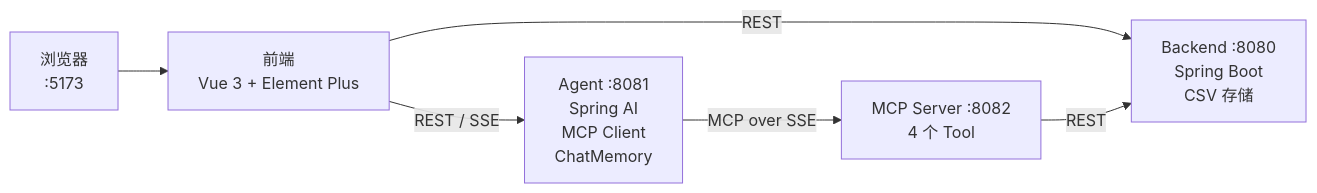
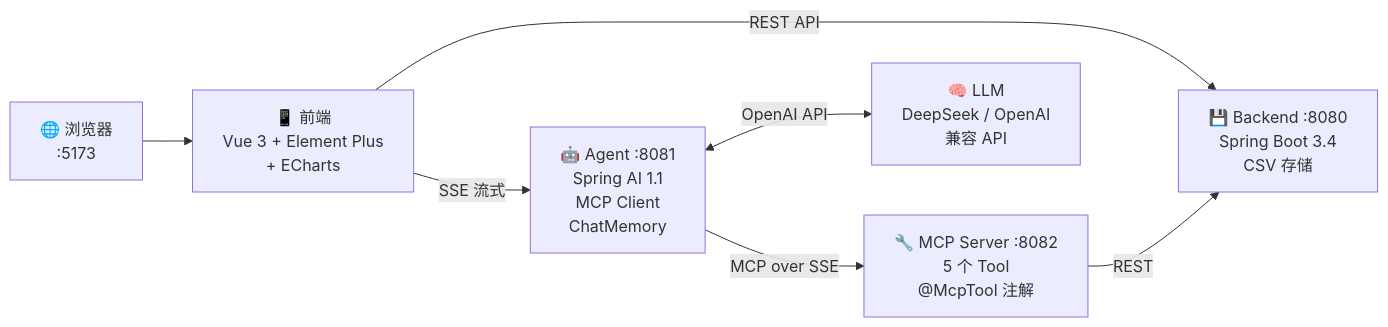
Before and after one commit to reallyhwc/test-learn-agent: the first of 5 diagrams in README.md, drawn with Mermaid. The commit also changed other lines of this file, not shown here.

First line of the commit message:
docs: 重写README - 更新系统架构图、Agent调用流转图、记账应用设计

````diff
--- a/README.md
+++ b/README.md
@@ -29,14 +31,16 @@
 ```mermaid
 graph LR
-    Browser["浏览器<br/>:5173"]
-    Frontend["前端<br/>Vue 3 + Element Plus"]
-    Agent["Agent :8081<br/>Spring AI<br/>MCP Client<br/>ChatMemory"]
-    MCPServer["MCP Server :8082<br/>4 个 Tool"]
-    Backend["Backend :8080<br/>Spring Boot<br/>CSV 存储"]
+    Browser["🌐 浏览器<br/>:5173"]
+    Frontend["📱 前端<br/>Vue 3 + Element Plus<br/>+ ECharts"]
+    Agent["🤖 Agent :8081<br/>Spring AI 1.1<br/>MCP Client<br/>ChatMemory"]
+    LLM["🧠 LLM<br/>DeepSeek / OpenAI<br/>兼容 API"]
+    MCPServer["🔧 MCP Server :8082<br/>5 个 Tool<br/>@McpTool 注解"]
+    Backend["💾 Backend :8080<br/>Spring Boot 3.4<br/>CSV 存储"]
 
     Browser --> Frontend
-    Frontend -->|"REST"| Backend
-    Frontend -->|"REST / SSE"| Agent
+    Frontend -->|"REST API"| Backend
+    Frontend -->|"SSE 流式"| Agent
+    Agent <-->|"OpenAI API"| LLM
     Agent -->|"MCP over SSE"| MCPServer
     MCPServer -->|"REST"| Backend
 ```
````
